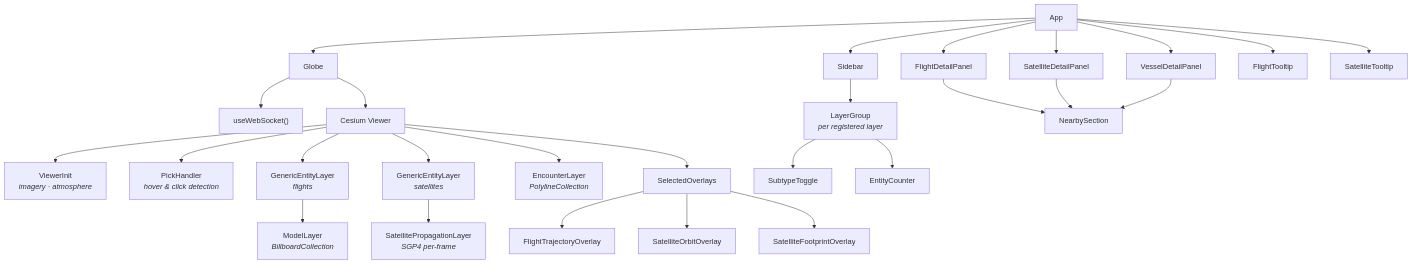
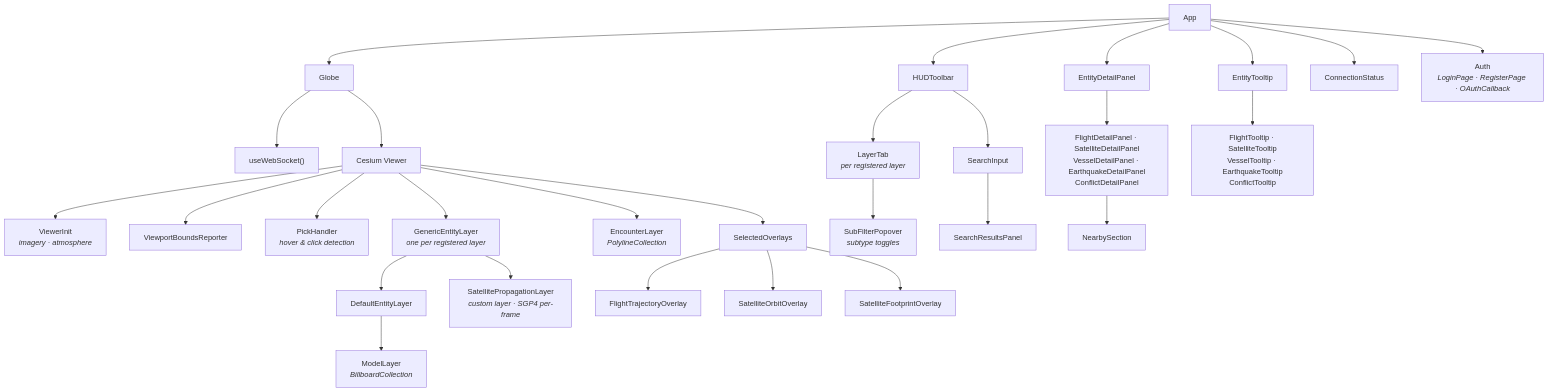
Before and after one commit to joshuadarron/godseye: the fifth of 7 diagrams in ARCHITECTURE.md, drawn with Mermaid. The commit also changed other lines of this file and 2 other files, not shown here.

First line of the commit message:
docs: sync architecture docs with shipped layers

````diff
--- a/ARCHITECTURE.md
+++ b/ARCHITECTURE.md
@@ -247,65 +394,68 @@
 ```mermaid
 graph TD
   App["App"]
   Globe["Globe"]
   WSHook["useWebSocket()"]
   Viewer["Cesium Viewer"]
   ViewerInit["ViewerInit<br/><i>imagery · atmosphere</i>"]
+  VBR["ViewportBoundsReporter"]
   PickHandler["PickHandler<br/><i>hover & click detection</i>"]
 
-  GEL_F["GenericEntityLayer<br/><i>flights</i>"]
-  GEL_S["GenericEntityLayer<br/><i>satellites</i>"]
-
+  GEL["GenericEntityLayer<br/><i>one per registered layer</i>"]
+  DEL["DefaultEntityLayer"]
   ML["ModelLayer<br/><i>BillboardCollection</i>"]
-  SPL["SatellitePropagationLayer<br/><i>SGP4 per-frame</i>"]
+  SPL["SatellitePropagationLayer<br/><i>custom layer · SGP4 per-frame</i>"]
   EL2["EncounterLayer<br/><i>PolylineCollection</i>"]
 
   SelOverlays["SelectedOverlays"]
   FTO["FlightTrajectoryOverlay"]
   SOO["SatelliteOrbitOverlay"]
   SFO["SatelliteFootprintOverlay"]
 
-  Sidebar["Sidebar"]
-  LayerGroup["LayerGroup<br/><i>per registered layer</i>"]
-  SubtypeToggle["SubtypeToggle"]
-  EntityCounter["EntityCounter"]
+  Toolbar["HUDToolbar"]
+  LayerTab["LayerTab<br/><i>per registered layer</i>"]
+  SubFilter["SubFilterPopover<br/><i>subtype toggles</i>"]
+  Search["SearchInput"]
+  SearchRes["SearchResultsPanel"]
 
-  FDP2["FlightDetailPanel"]
-  SDP2["SatelliteDetailPanel"]
-  VDP2["VesselDetailPanel"]
+  EDP["EntityDetailPanel"]
+  PerLayerPanel["FlightDetailPanel · SatelliteDetailPanel<br/>VesselDetailPanel · EarthquakeDetailPanel<br/>ConflictDetailPanel"]
+  ETT["EntityTooltip"]
+  PerLayerTip["FlightTooltip · SatelliteTooltip<br/>VesselTooltip · EarthquakeTooltip<br/>ConflictTooltip"]
   NS2["NearbySection"]
-  FTT["FlightTooltip"]
-  STT["SatelliteTooltip"]
+  Conn["ConnectionStatus"]
+  AuthUI["Auth<br/><i>LoginPage · RegisterPage · OAuthCallback</i>"]
 
   App --> Globe
-  App --> Sidebar
-  App --> FDP2
-  App --> SDP2
-  App --> VDP2
-  App --> FTT
-  App --> STT
+  App --> Toolbar
+  App --> ETT
+  App --> EDP
+  App --> Conn
+  App --> AuthUI
 
   Globe --> WSHook
   Globe --> Viewer
   Viewer --> ViewerInit
+  Viewer --> VBR
   Viewer --> PickHandler
-  Viewer --> GEL_F
-  Viewer --> GEL_S
+  Viewer --> GEL
   Viewer --> EL2
   Viewer --> SelOverlays
 
-  GEL_F --> ML
-  GEL_S --> SPL
+  GEL --> DEL
+  GEL --> SPL
+  DEL --> ML
 
   SelOverlays --> FTO
   SelOverlays --> SOO
   SelOverlays --> SFO
 
-  FDP2 --> NS2
-  SDP2 --> NS2
-  VDP2 --> NS2
+  EDP --> PerLayerPanel
+  PerLayerPanel --> NS2
+  ETT --> PerLayerTip
 
-  Sidebar --> LayerGroup
-  LayerGroup --> SubtypeToggle
-  LayerGroup --> EntityCounter
+  Toolbar --> LayerTab
+  Toolbar --> Search
+  Search --> SearchRes
+  LayerTab --> SubFilter
 ```
````
